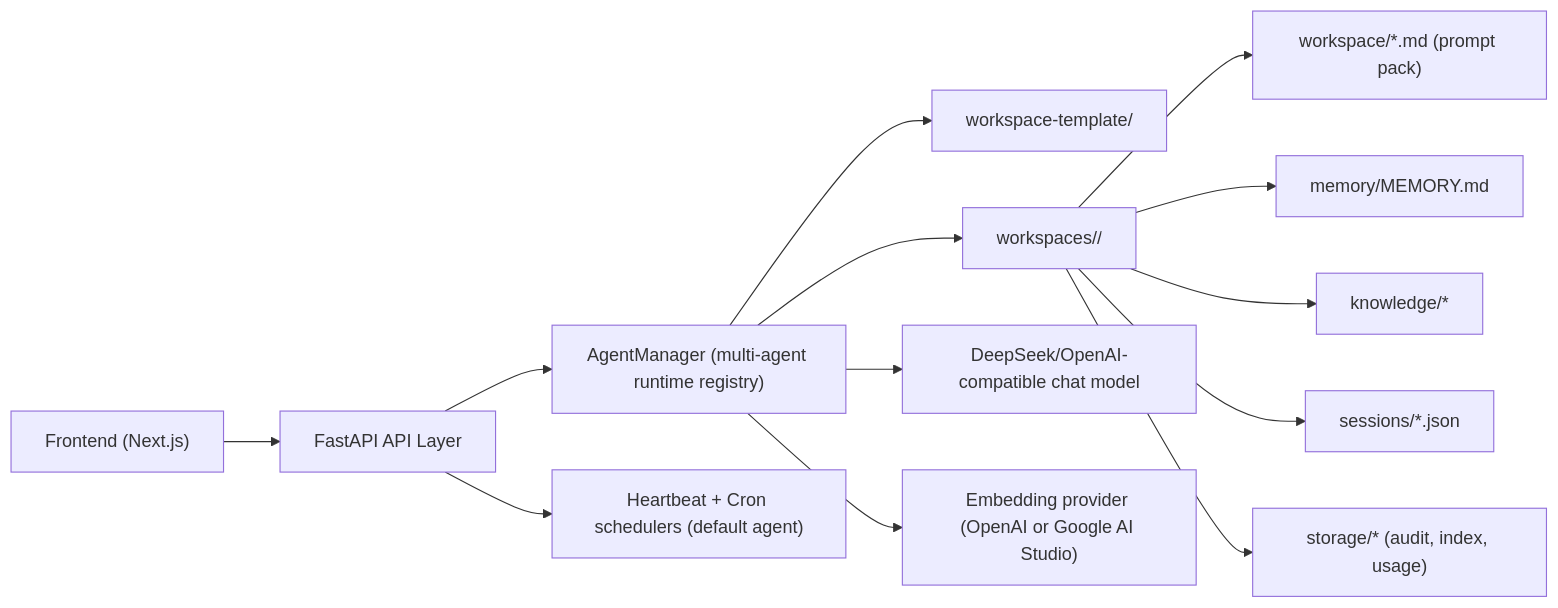
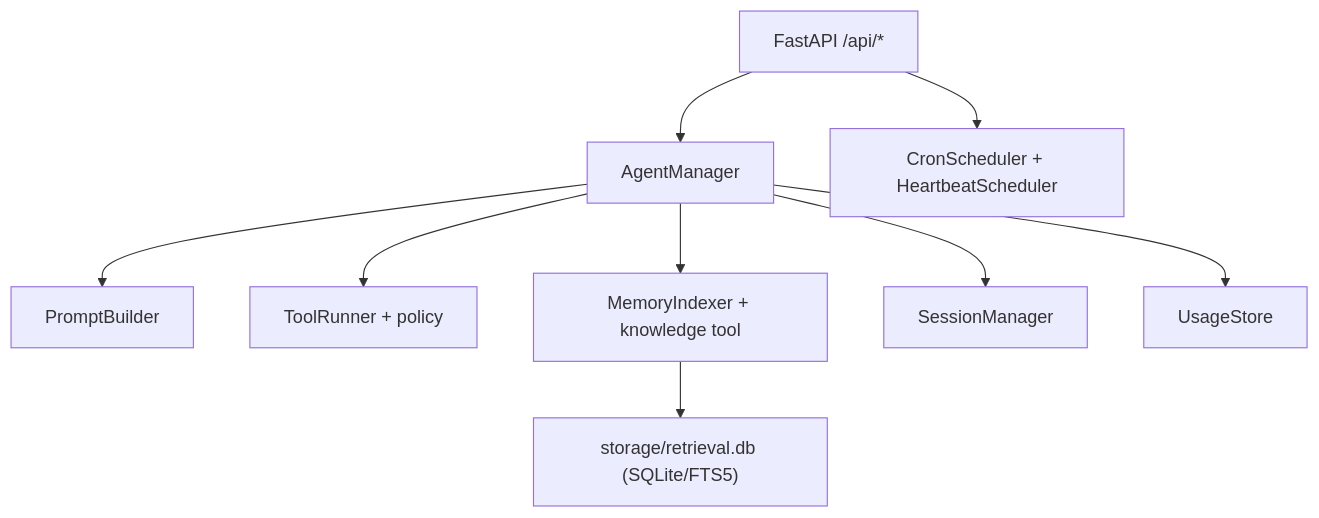
One commit to kaiqiangh/mini-openclaw-langchain changed the diagram in backend/README.md. Above: the diagram before and after it, drawn with Mermaid. The commit also changed other lines of this file and 2 other files, not shown here.

Commit message:
docs(readme): expand architecture, ops, and frontend guides

````diff
--- a/backend/README.md
+++ b/backend/README.md
@@ -7,19 +16,11 @@
 ```mermaid
-flowchart LR
-  UI["Frontend (Next.js)"] --> API["FastAPI API Layer"]
-  API --> AM["AgentManager (multi-agent runtime registry)"]
-
-  AM --> WS1["workspace-template/"]
-  AM --> WS2["workspaces/<agent_id>/"]
-
-  WS2 --> PROMPT["workspace/*.md (prompt pack)"]
-  WS2 --> MEM["memory/MEMORY.md"]
-  WS2 --> KNOW["knowledge/*"]
-  WS2 --> SES["sessions/*.json"]
-  WS2 --> STORE["storage/* (audit, index, usage)"]
-
-  AM --> LLM["DeepSeek/OpenAI-compatible chat model"]
-  AM --> EMB["Embedding provider (OpenAI or Google AI Studio)"]
-
-  API --> SCHED["Heartbeat + Cron schedulers (default agent)"]
+flowchart TB
+  API["FastAPI /api/*"] --> AM["AgentManager"]
+  AM --> PROMPT["PromptBuilder"]
+  AM --> TOOLS["ToolRunner + policy"]
+  AM --> RETR["MemoryIndexer + knowledge tool"]
+  RETR --> DB["storage/retrieval.db (SQLite/FTS5)"]
+  AM --> SESS["SessionManager"]
+  AM --> USAGE["UsageStore"]
+  API --> SCH["CronScheduler + HeartbeatScheduler"]
 ```
````
